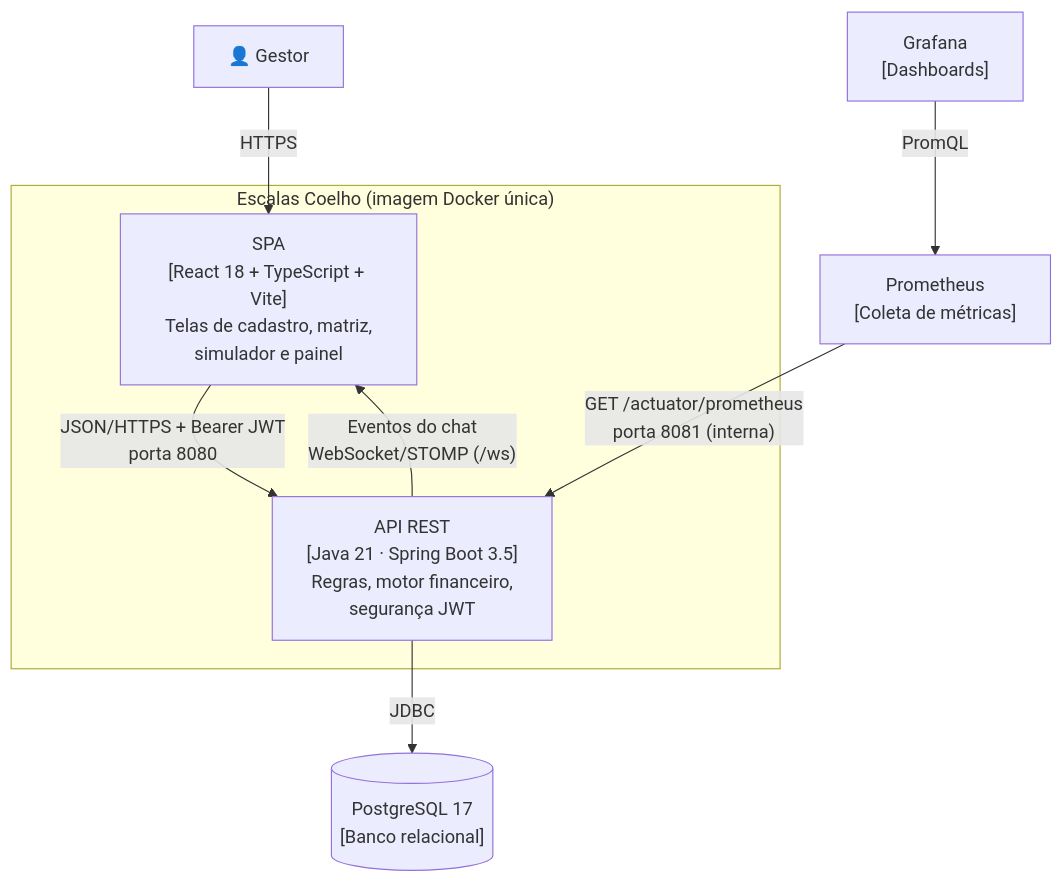
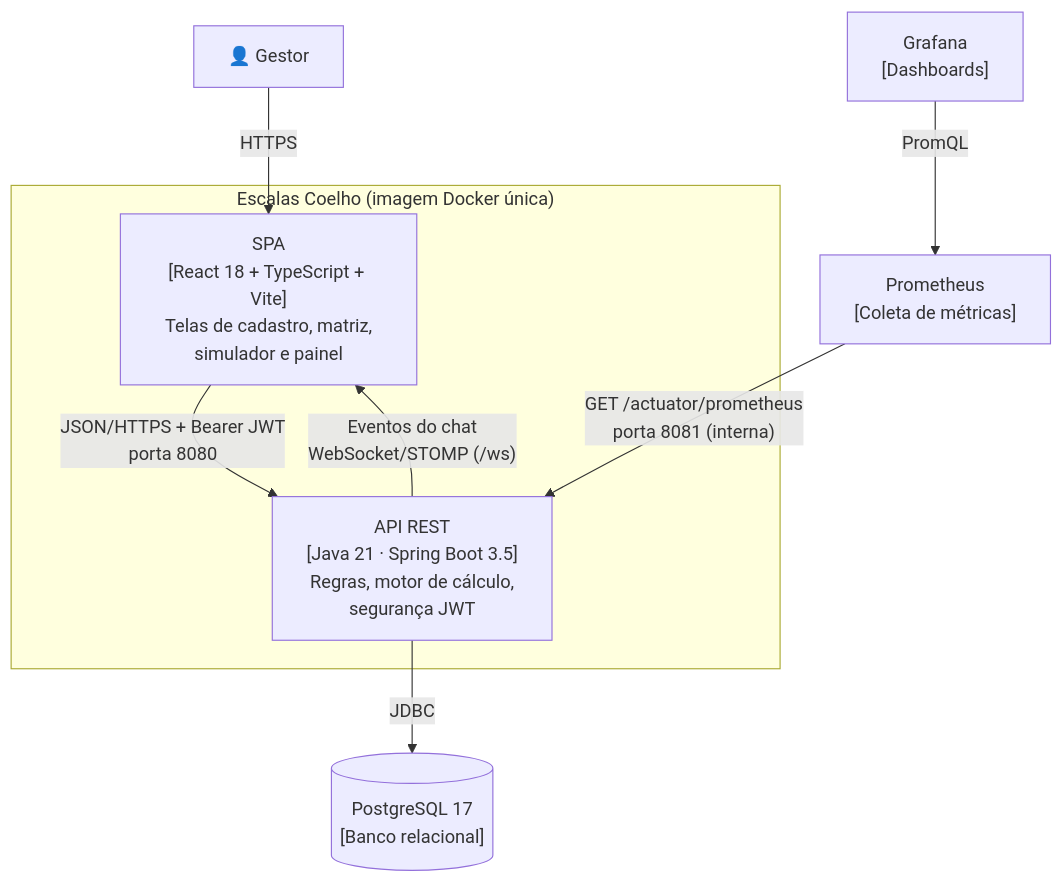
The second of 4 diagrams in docs/arquitetura.md (GabrielCoelhom12/TCC-MERCADO-COELHO), drawn with Mermaid before and after one commit. The commit also changed other lines of this file and 15 other files, not shown here.

````diff
--- a/docs/arquitetura.md
+++ b/docs/arquitetura.md
@@ -23,20 +23,20 @@
 ```mermaid
 flowchart TB
     gestor["👤 Gestor"]
 
     subgraph app["Escalas Coelho (imagem Docker única)"]
         spa["SPA<br/>[React 18 + TypeScript + Vite]<br/>Telas de cadastro, matriz,<br/>simulador e painel"]
-        api["API REST<br/>[Java 21 · Spring Boot 3.5]<br/>Regras, motor financeiro,<br/>segurança JWT"]
+        api["API REST<br/>[Java 21 · Spring Boot 3.5]<br/>Regras, motor de cálculo,<br/>segurança JWT"]
     end
 
     db[("PostgreSQL 17<br/>[Banco relacional]")]
     prom["Prometheus<br/>[Coleta de métricas]"]
     graf["Grafana<br/>[Dashboards]"]
 
     gestor -- "HTTPS" --> spa
     spa -- "JSON/HTTPS + Bearer JWT<br/>porta 8080" --> api
     api -- "Eventos do chat<br/>WebSocket/STOMP (/ws)" --> spa
     api -- "JDBC" --> db
     prom -- "GET /actuator/prometheus<br/>porta 8081 (interna)" --> api
     graf -- "PromQL" --> prom
 ```
````
